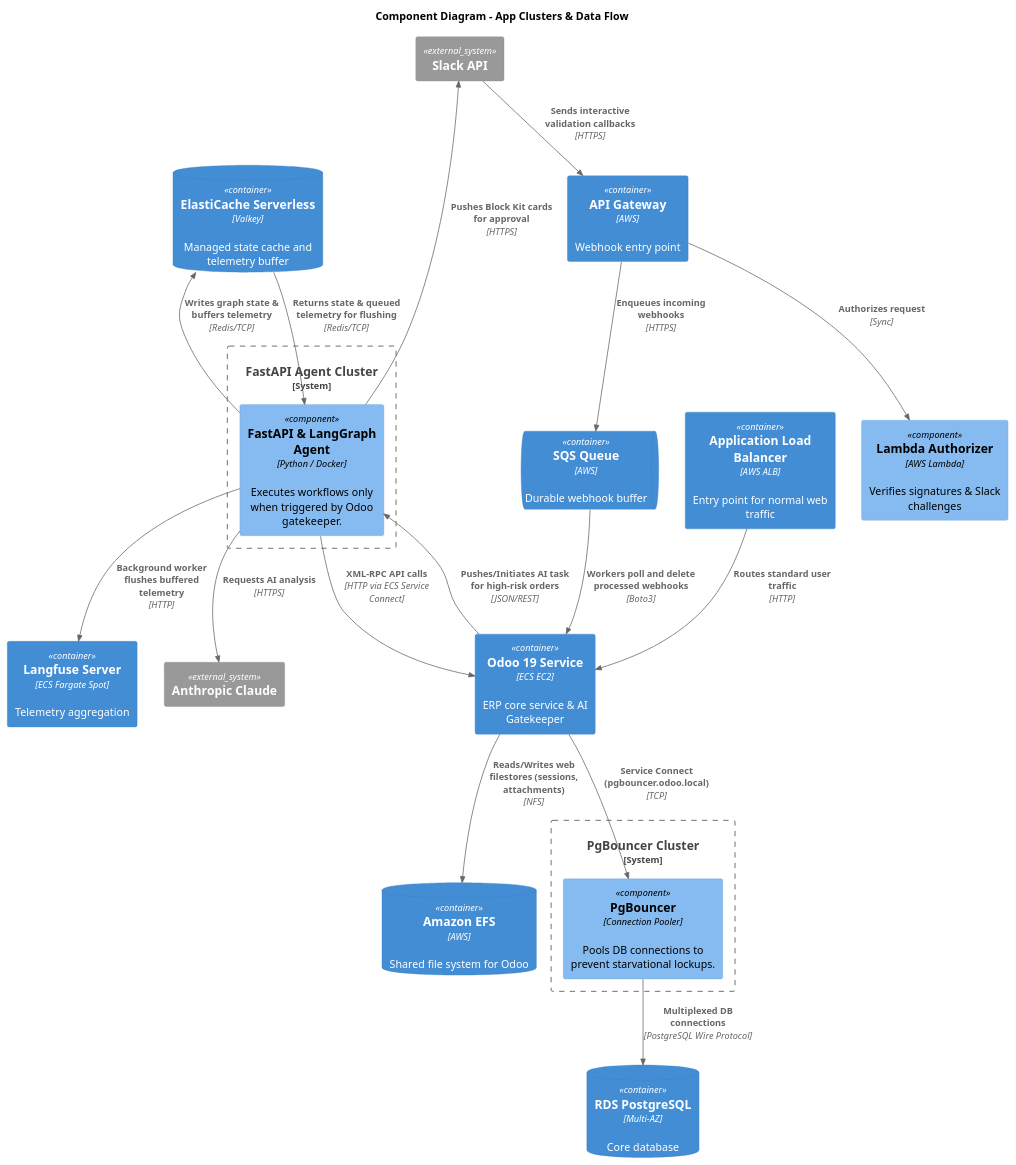
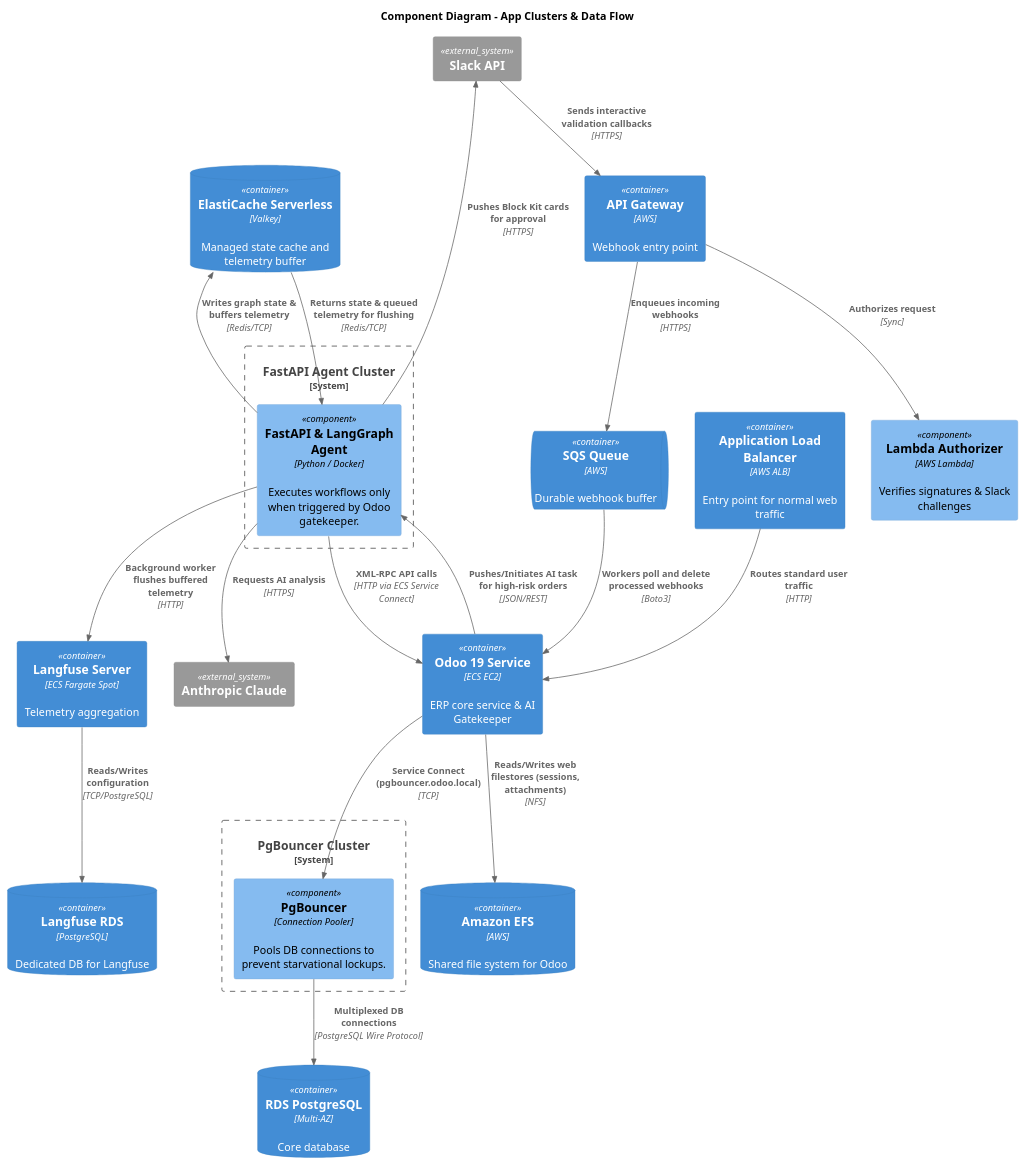
The diagram in C4_Component.puml (jenisrowan/odoo-ai-ops), drawn with PlantUML before and after one commit. The commit also changed 5 other files, not shown here.

First line of the commit message:
docs: isolate Langfuse config to dedicated RDS & optimize C4 layouts

```diff
--- a/C4_Component.puml
+++ b/C4_Component.puml
@@ -1,48 +1,50 @@
 @startuml C4_Component
 !include https://raw.githubusercontent.com/plantuml-stdlib/C4-PlantUML/master/C4_Component.puml
 
 title Component Diagram - App Clusters & Data Flow
 
 LAYOUT_TOP_DOWN()
 
 Container(apigw, "API Gateway", "AWS", "Webhook entry point")
 Component(lambda_auth, "Lambda Authorizer", "AWS Lambda", "Verifies signatures & Slack challenges")
 ContainerQueue(sqs, "SQS Queue", "AWS", "Durable webhook buffer")
 Container(alb, "Application Load Balancer", "AWS ALB", "Entry point for normal web traffic")
 Container(odoo, "Odoo 19 Service", "ECS EC2", "ERP core service & AI Gatekeeper")
 Container(langfuse, "Langfuse Server", "ECS Fargate Spot", "Telemetry aggregation")
 ContainerDb(rds, "RDS PostgreSQL", "Multi-AZ", "Core database")
+ContainerDb(langfuse_rds, "Langfuse RDS", "PostgreSQL", "Dedicated DB for Langfuse")
 ContainerDb(efs, "Amazon EFS", "AWS", "Shared file system for Odoo")
 ContainerDb(valkey, "ElastiCache Serverless", "Valkey", "Managed state cache and telemetry buffer")
 
 System_Boundary(fastapi_cluster, "FastAPI Agent Cluster") {
     Component(fastapi, "FastAPI & LangGraph Agent", "Python / Docker", "Executes workflows only when triggered by Odoo gatekeeper.")
 }
 
 System_Boundary(pgbouncer_cluster, "PgBouncer Cluster") {
     Component(pgbouncer, "PgBouncer", "Connection Pooler", "Pools DB connections to prevent starvational lockups.")
 }
 
 Rel(apigw, lambda_auth, "Authorizes request", "Sync")
 Rel(apigw, sqs, "Enqueues incoming webhooks", "HTTPS")
 Rel(sqs, odoo, "Workers poll and delete processed webhooks", "Boto3")
 Rel(alb, odoo, "Routes standard user traffic", "HTTP")
 
 Rel(odoo, fastapi, "Pushes/Initiates AI task for high-risk orders", "JSON/REST")
 Rel(odoo, pgbouncer, "Service Connect (pgbouncer.odoo.local)", "TCP")
 Rel(odoo, efs, "Reads/Writes web filestores (sessions, attachments)", "NFS")
 
 Rel(fastapi, valkey, "Writes graph state & buffers telemetry", "Redis/TCP")
 Rel(valkey, fastapi, "Returns state & queued telemetry for flushing", "Redis/TCP")
 Rel(fastapi, odoo, "XML-RPC API calls", "HTTP via ECS Service Connect")
 Rel(pgbouncer, rds, "Multiplexed DB connections", "PostgreSQL Wire Protocol")
 
 Rel(fastapi, langfuse, "Background worker flushes buffered telemetry", "HTTP")
+Rel(langfuse, langfuse_rds, "Reads/Writes configuration", "TCP/PostgreSQL")
 
 System_Ext(anthropic, "Anthropic Claude")
 System_Ext(slack, "Slack API")
 Rel(fastapi, anthropic, "Requests AI analysis", "HTTPS")
 Rel(fastapi, slack, "Pushes Block Kit cards for approval", "HTTPS")
 Rel(slack, apigw, "Sends interactive validation callbacks", "HTTPS")
 
 @enduml
```
